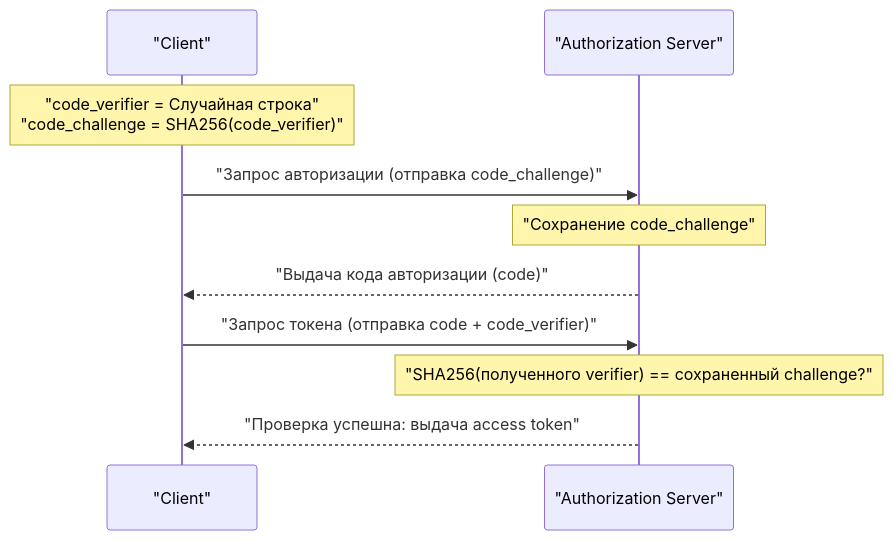
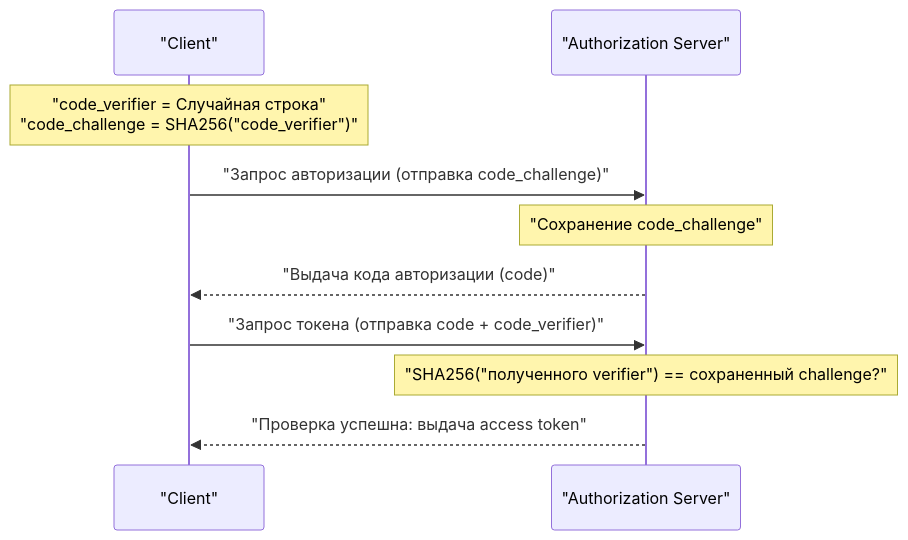
Before and after one commit to kenjinote/blog: the third of 3 diagrams in content/post/oauth2_slack_app/index.ru.md, drawn with Mermaid. The commit also changed 929 other files, not shown here.

Commit message:
fix: Add double quotes to all Mermaid node texts to resolve syntax errors

````diff
--- a/content/post/oauth2_slack_app/index.ru.md
+++ b/content/post/oauth2_slack_app/index.ru.md
@@ -329,14 +329,14 @@
 ```mermaid
 sequenceDiagram
     participant C as "Client"
     participant AS as "Authorization Server"
     
-    Note over C: "code_verifier = Случайная строка"<br/>"code_challenge = SHA256(code_verifier)"
+    Note over C: "code_verifier = Случайная строка"<br/>"code_challenge = SHA256("code_verifier")"
     C->>AS: "Запрос авторизации (отправка code_challenge)"
     Note over AS: "Сохранение code_challenge"
     AS-->>C: "Выдача кода авторизации (code)"
     
     C->>AS: "Запрос токена (отправка code + code_verifier)"
-    Note over AS: "SHA256(полученного verifier) == сохраненный challenge?"
+    Note over AS: "SHA256("полученного verifier") == сохраненный challenge?"
     AS-->>C: "Проверка успешна: выдача access token"
 ```
````
